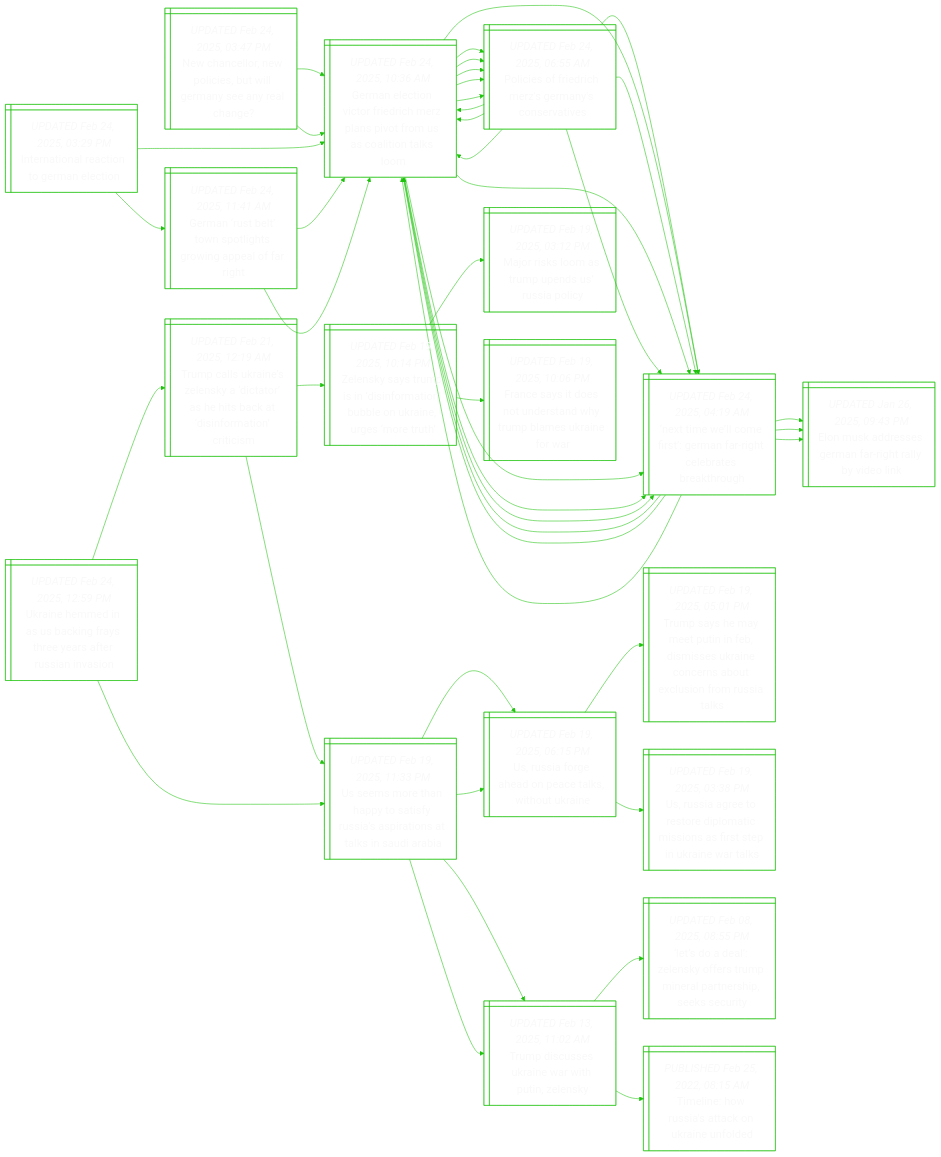
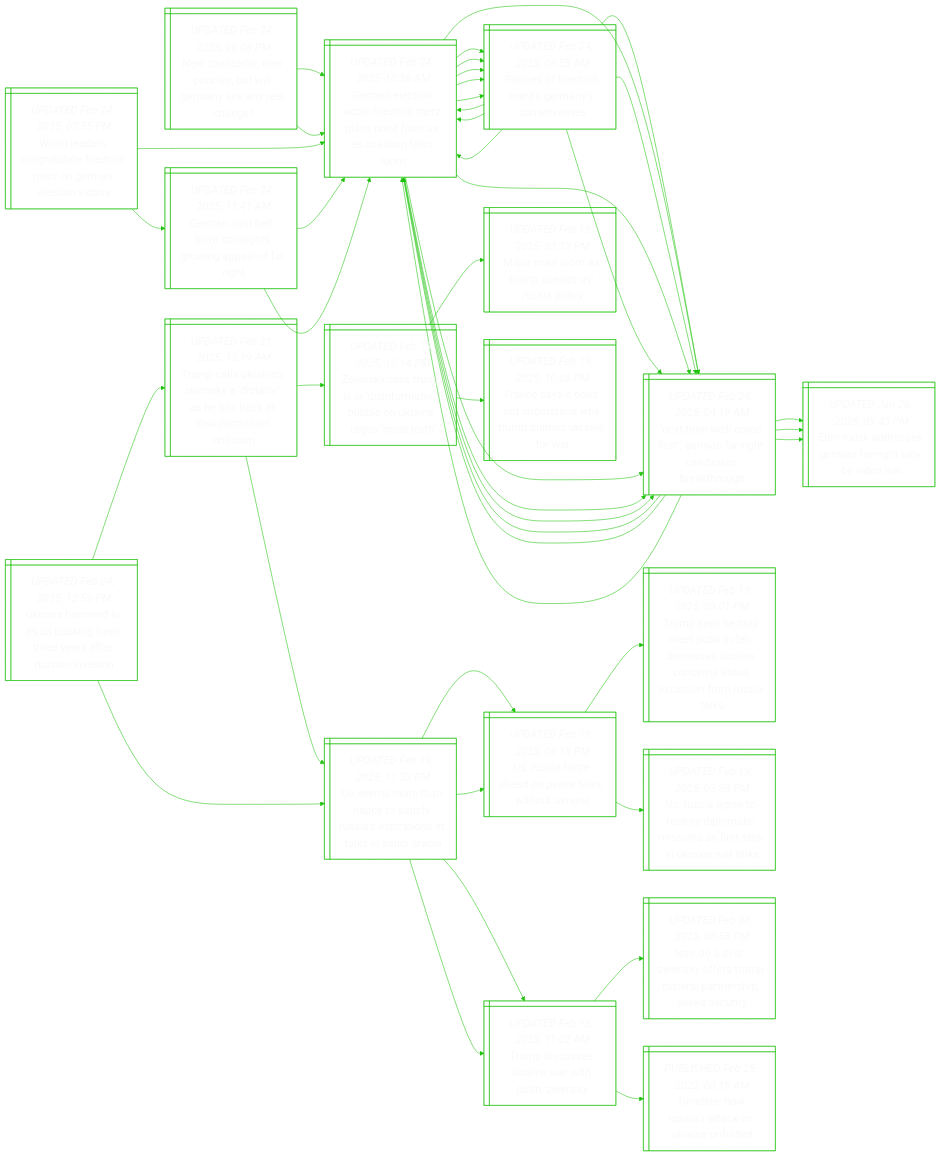
The diagram in README.md (notJmes/notJmes), drawn with Mermaid before and after one commit. The commit also changed other lines of this file, not shown here.

```diff
--- a/README.md
+++ b/README.md
@@ -16,7 +16,7 @@
 flowchart LR
 classDef txtsize font-size:20px;
 
-Nalwculaeea@{ shape: win-pane, label: "_UPDATED Feb 24, 2025, 03:47 PM_
+Nalwculaeea@{ shape: win-pane, label: "_UPDATED Feb 24, 2025, 06:08 PM_
 New chancellor, new policies, but will germany see any real change?" }
 GntiFreavositl@{ shape: win-pane, label: "_UPDATED Feb 24, 2025, 10:36 AM_
 German election victor friedrich merz plans pivot from us as coalition talks loom" }
@@ -62,8 +62,8 @@
 Niletarcrbtg:::txtsize --> Eudemrtydn:::txtsize
 Niletarcrbtg:::txtsize --> GntiFreavositl:::txtsize
 
-Innanrlo@{ shape: win-pane, label: "_UPDATED Feb 24, 2025, 03:29 PM_
-International reaction to german election" }
+Wlrglrireeic@{ shape: win-pane, label: "_UPDATED Feb 24, 2025, 07:55 PM_
+World leaders congratulate friedrich merz on german election victory" }
 GntiFreavositl@{ shape: win-pane, label: "_UPDATED Feb 24, 2025, 10:36 AM_
 German election victor friedrich merz plans pivot from us as coalition talks loom" }
 PiFreeyst@{ shape: win-pane, label: "_UPDATED Feb 24, 2025, 06:55 AM_
@@ -93,14 +93,14 @@
 Niletarcrbtg@{ shape: win-pane, label: "_UPDATED Feb 24, 2025, 04:19 AM_
 ‘next time we’ll come first’: german far-right celebrates breakthrough" }
 
-Innanrlo:::txtsize --> GntiFreavositl:::txtsize
+Wlrglrireeic:::txtsize --> GntiFreavositl:::txtsize
 GntiFreavositl:::txtsize --> PiFreeyst:::txtsize
 PiFreeyst:::txtsize --> Niletarcrbtg:::txtsize
 PiFreeyst:::txtsize --> GntiFreavositl:::txtsize
 GntiFreavositl:::txtsize --> Niletarcrbtg:::txtsize
 Niletarcrbtg:::txtsize --> Eudemrtydn:::txtsize
 Niletarcrbtg:::txtsize --> GntiFreavositl:::txtsize
-Innanrlo:::txtsize --> Gnboohoalrt:::txtsize
+Wlrglrireeic:::txtsize --> Gnboohoalrt:::txtsize
 Gnboohoalrt:::txtsize --> GntiFreavositl:::txtsize
 GntiFreavositl:::txtsize --> PiFreeyst:::txtsize
 GntiFreavositl:::txtsize --> Niletarcrbtg:::txtsize
```
